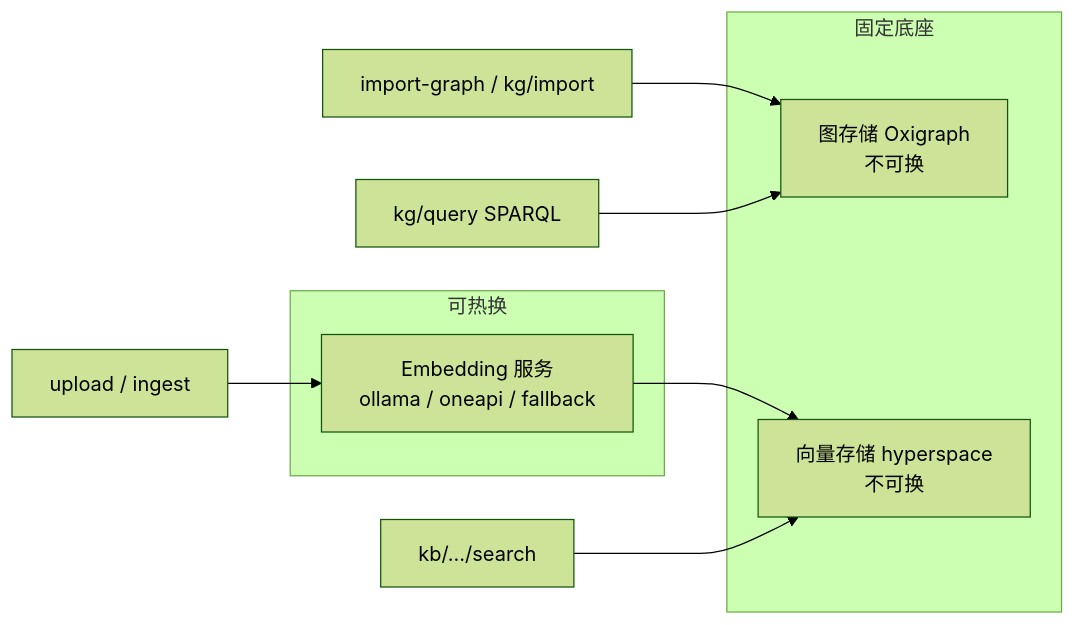
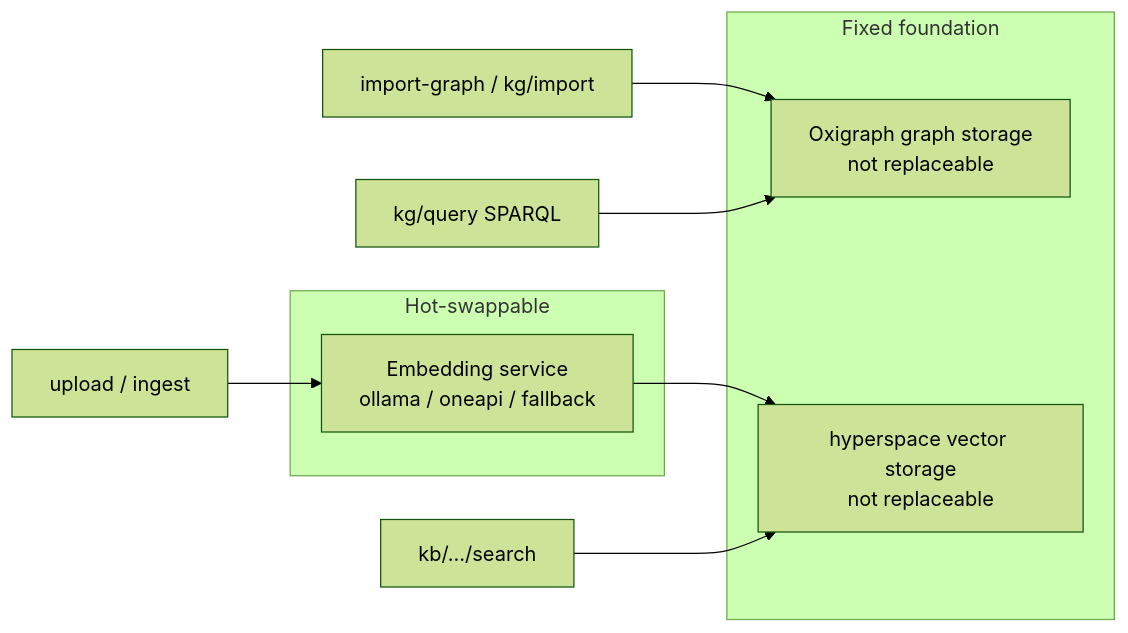
Before and after one commit to skaiy/wild_agentos: the diagram in docs/16-knowledge-ingest-import-graph.md, drawn with Mermaid (forest theme). The commit also changed other lines of this file and 9 other files, not shown here.

````diff
--- a/docs/16-knowledge-ingest-import-graph.md
+++ b/docs/16-knowledge-ingest-import-graph.md
@@ -27,14 +29,14 @@
 ```mermaid
 flowchart LR
-  subgraph 可热换
-    EMB["Embedding 服务<br/>ollama / oneapi / fallback"]
+  subgraph Hot-swappable
+    EMB["Embedding service<br/>ollama / oneapi / fallback"]
   end
-  subgraph 固定底座
-    OXI["图存储 Oxigraph<br/>不可换"]
-    HS["向量存储 hyperspace<br/>不可换"]
+  subgraph Fixed foundation
+    OXI["Oxigraph graph storage<br/>not replaceable"]
+    HS["hyperspace vector storage<br/>not replaceable"]
   end
   UP["upload / ingest"] --> EMB --> HS
   IG["import-graph / kg/import"] --> OXI
   Q["kg/query SPARQL"] --> OXI
   S["kb/.../search"] --> HS
 ```
````
